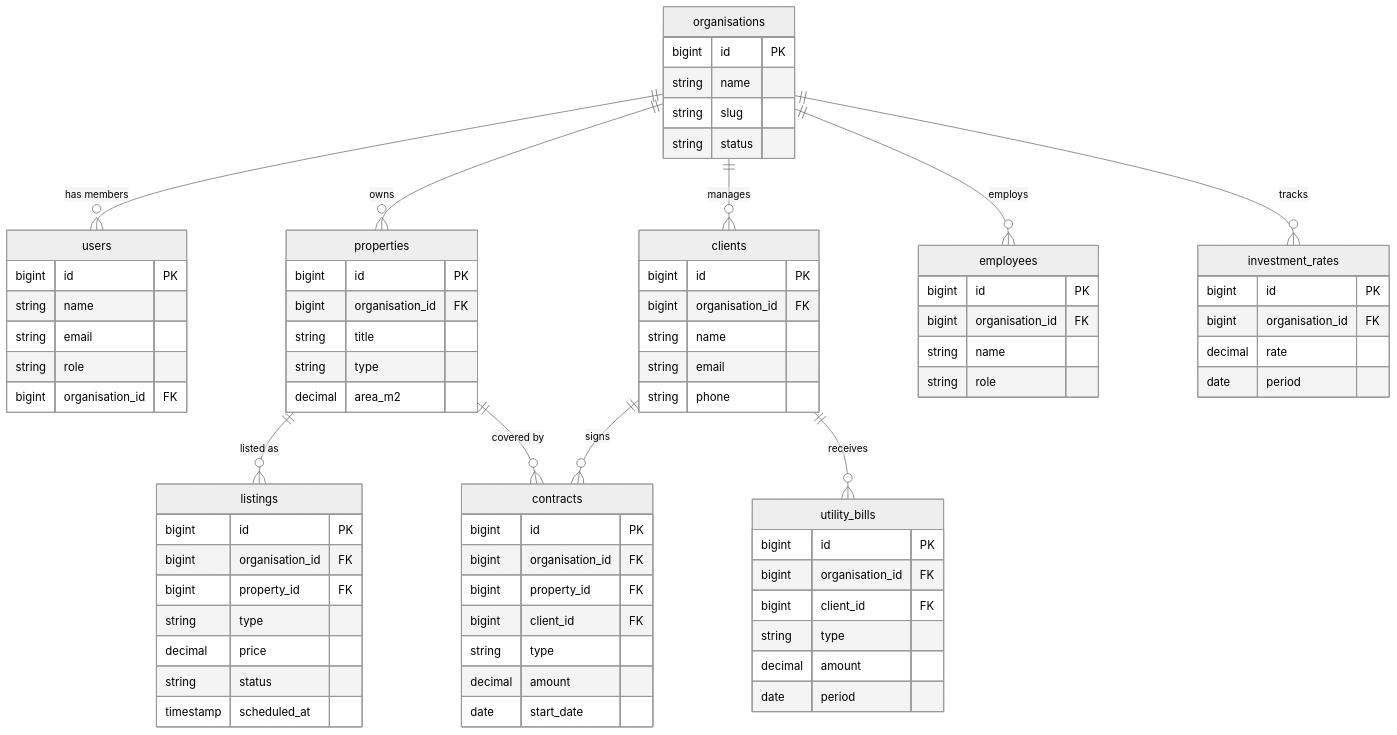
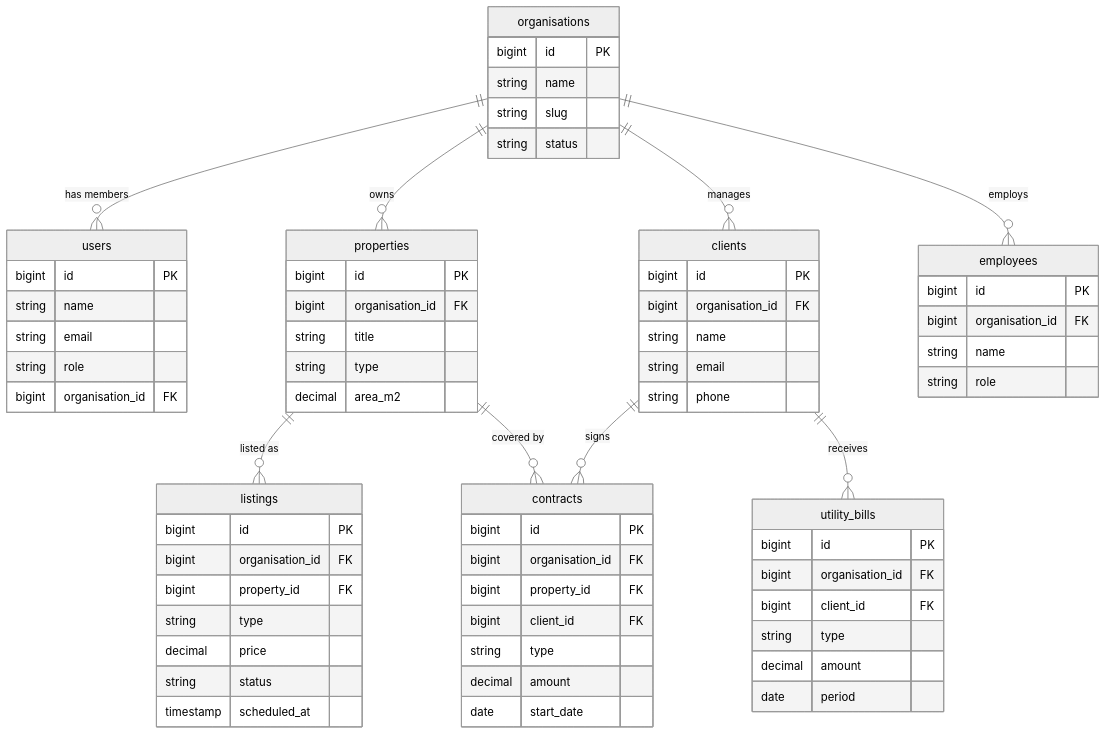
The diagram in Domtek/documentation/database/documentation/architecture.md (Itssafa/DomtekApp), drawn with Mermaid (neutral theme) before and after one commit. The commit also changed 8 other files, not shown here.

````diff
--- a/Domtek/documentation/database/documentation/architecture.md
+++ b/Domtek/documentation/database/documentation/architecture.md
@@ -18,78 +18,71 @@
 ```mermaid
 erDiagram
     users {
         bigint id PK
         string name
         string email
         string role
         bigint organisation_id FK
     }
     organisations {
         bigint id PK
         string name
         string slug
         string status
     }
     properties {
         bigint id PK
         bigint organisation_id FK
         string title
         string type
         decimal area_m2
     }
     listings {
         bigint id PK
         bigint organisation_id FK
         bigint property_id FK
         string type
         decimal price
         string status
         timestamp scheduled_at
     }
     clients {
         bigint id PK
         bigint organisation_id FK
         string name
         string email
         string phone
     }
     contracts {
         bigint id PK
         bigint organisation_id FK
         bigint property_id FK
         bigint client_id FK
         string type
         decimal amount
         date start_date
     }
     utility_bills {
         bigint id PK
         bigint organisation_id FK
         bigint client_id FK
         string type
         decimal amount
         date period
     }
     employees {
         bigint id PK
         bigint organisation_id FK
         string name
         string role
     }
-    investment_rates {
-        bigint id PK
-        bigint organisation_id FK
-        decimal rate
-        date period
-    }
 
     organisations ||--o{ users : "has members"
     organisations ||--o{ properties : "owns"
     organisations ||--o{ clients : "manages"
     organisations ||--o{ employees : "employs"
-    organisations ||--o{ investment_rates : "tracks"
     properties ||--o{ listings : "listed as"
     properties ||--o{ contracts : "covered by"
     clients ||--o{ contracts : "signs"
     clients ||--o{ utility_bills : "receives"
 ```
````
